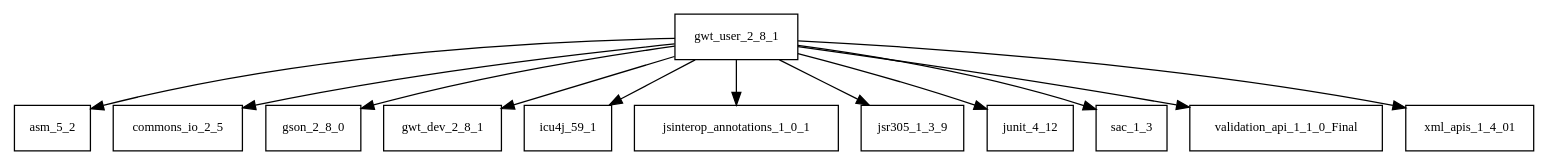
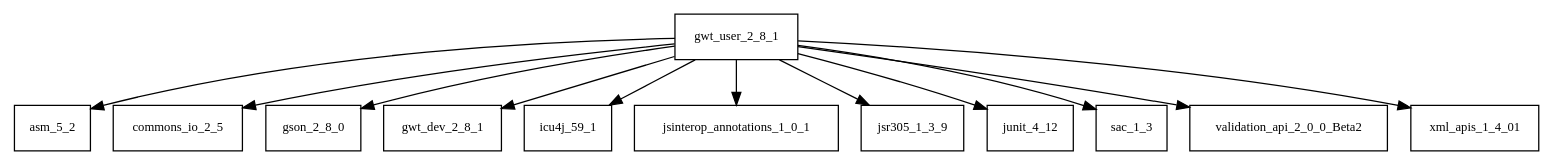
Before and after one commit to AglaianWoman/cia: the diagram in tattleTaleReport/graphviz/gwt-user-2.8.1.jar/gwt-user-2.8.1.jar.dot, drawn with Graphviz. The commit also changed 2185 other files, not shown here.

```diff
--- a/tattleTaleReport/graphviz/gwt-user-2.8.1.jar/gwt-user-2.8.1.jar.dot
+++ b/tattleTaleReport/graphviz/gwt-user-2.8.1.jar/gwt-user-2.8.1.jar.dot
@@ -1,14 +1,14 @@
 digraph gwt_user_2_8_1_dependencies {
   node [shape = box, fontsize=10.0];
   gwt_user_2_8_1 -> asm_5_2;
   gwt_user_2_8_1 -> commons_io_2_5;
   gwt_user_2_8_1 -> gson_2_8_0;
   gwt_user_2_8_1 -> gwt_dev_2_8_1;
   gwt_user_2_8_1 -> icu4j_59_1;
   gwt_user_2_8_1 -> jsinterop_annotations_1_0_1;
   gwt_user_2_8_1 -> jsr305_1_3_9;
   gwt_user_2_8_1 -> junit_4_12;
   gwt_user_2_8_1 -> sac_1_3;
-  gwt_user_2_8_1 -> validation_api_1_1_0_Final;
+  gwt_user_2_8_1 -> validation_api_2_0_0_Beta2;
   gwt_user_2_8_1 -> xml_apis_1_4_01;
 }
```
